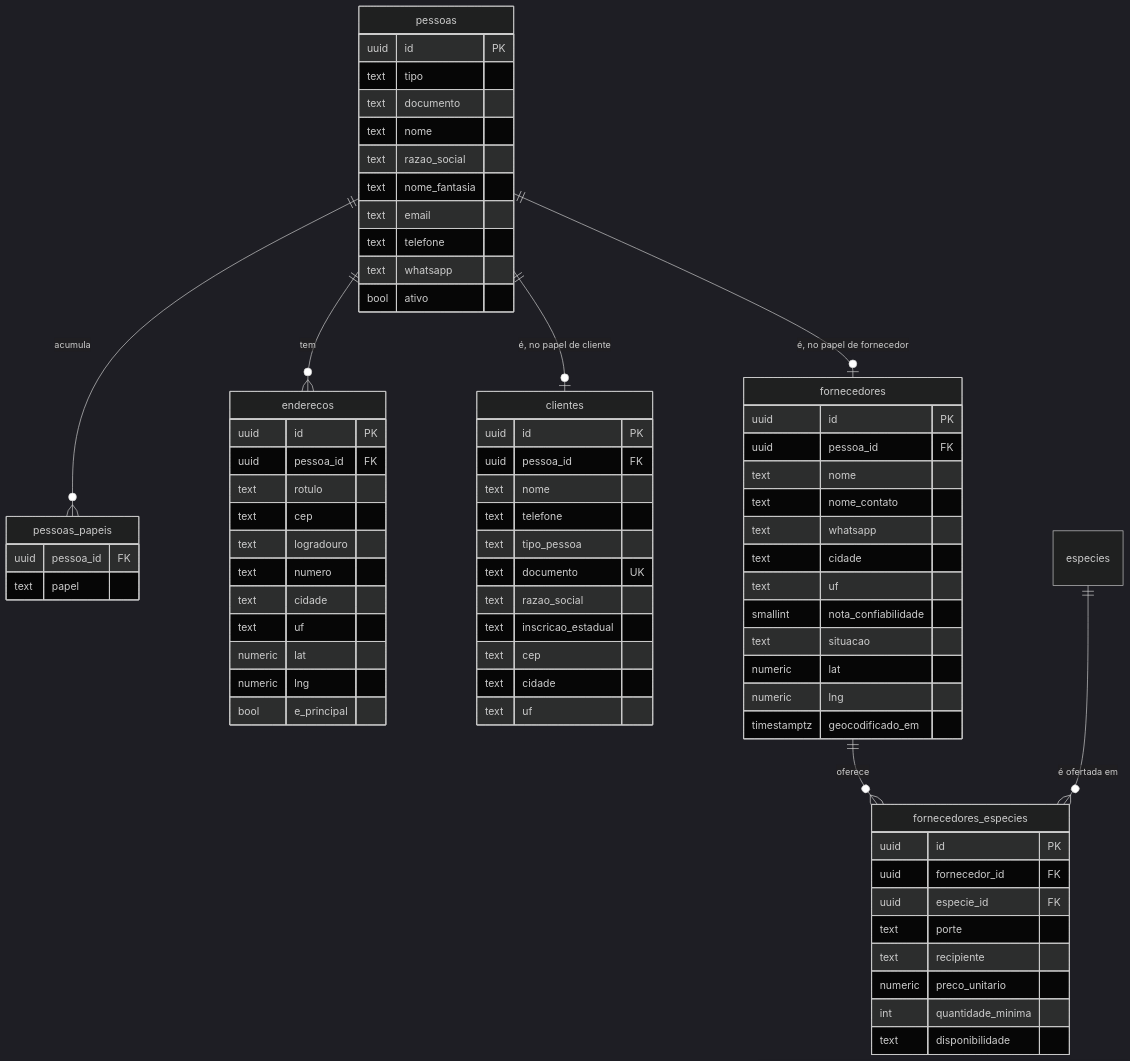
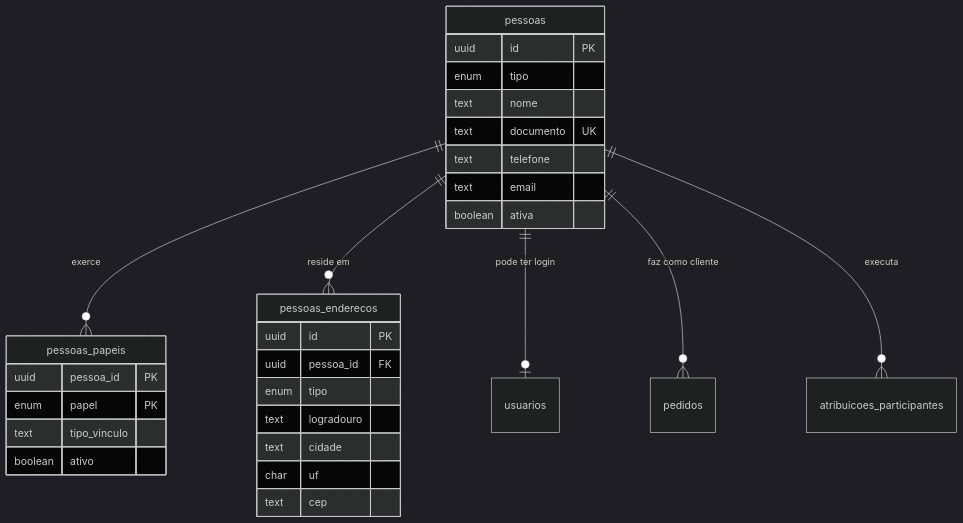
Before and after one commit to JoaoMudar/tcc: the diagram in docs/engenharia/modelo-dados-pt/mmd/fig12-cadastros-pessoas.mmd, drawn with Mermaid (dark theme). The commit also changed 49 other files, not shown here.

```diff
--- a/docs/engenharia/modelo-dados-pt/mmd/fig12-cadastros-pessoas.mmd
+++ b/docs/engenharia/modelo-dados-pt/mmd/fig12-cadastros-pessoas.mmd
@@ -1,76 +1,34 @@
 erDiagram
   pessoas {
-    uuid id PK
-    text tipo
-    text documento
-    text nome
-    text razao_social
-    text nome_fantasia
-    text email
-    text telefone
-    text whatsapp
-    bool ativo
+    uuid    id PK
+    enum    tipo
+    text    nome
+    text    documento UK
+    text    telefone
+    text    email
+    boolean ativa
   }
   pessoas_papeis {
-    uuid pessoa_id FK
-    text papel
+    uuid    pessoa_id PK
+    enum    papel PK
+    text    tipo_vinculo
+    boolean ativo
   }
-  enderecos {
+  pessoas_enderecos {
     uuid id PK
     uuid pessoa_id FK
-    text rotulo
+    enum tipo
+    text logradouro
+    text cidade
+    char uf
     text cep
-    text logradouro
-    text numero
-    text cidade
-    text uf
-    numeric lat
-    numeric lng
-    bool e_principal
   }
-  clientes {
-    uuid id PK
-    uuid pessoa_id FK
-    text nome
-    text telefone
-    text tipo_pessoa
-    text documento UK
-    text razao_social
-    text inscricao_estadual
-    text cep
-    text cidade
-    text uf
-  }
-  fornecedores {
-    uuid id PK
-    uuid pessoa_id FK
-    text nome
-    text nome_contato
-    text whatsapp
-    text cidade
-    text uf
-    smallint nota_confiabilidade
-    text situacao
-    numeric lat
-    numeric lng
-    timestamptz geocodificado_em
-  }
-  fornecedores_especies {
-    uuid id PK
-    uuid fornecedor_id FK
-    uuid especie_id FK
-    text porte
-    text recipiente
-    numeric preco_unitario
-    int quantidade_minima
-    text disponibilidade
-  }
-  especies {
-  }
+  usuarios {}
+  pedidos {}
+  atribuicoes_participantes {}
 
-  pessoas      ||--o{ pessoas_papeis        : "acumula"
-  pessoas      ||--o{ enderecos             : "tem"
-  pessoas      ||--o| clientes              : "é, no papel de cliente"
-  pessoas      ||--o| fornecedores          : "é, no papel de fornecedor"
-  fornecedores ||--o{ fornecedores_especies : "oferece"
-  especies     ||--o{ fornecedores_especies : "é ofertada em"
+  pessoas ||--o{ pessoas_papeis    : "exerce"
+  pessoas ||--o{ pessoas_enderecos : "reside em"
+  pessoas ||--o| usuarios          : "pode ter login"
+  pessoas ||--o{ pedidos           : "faz como cliente"
+  pessoas ||--o{ atribuicoes_participantes : "executa"
```
